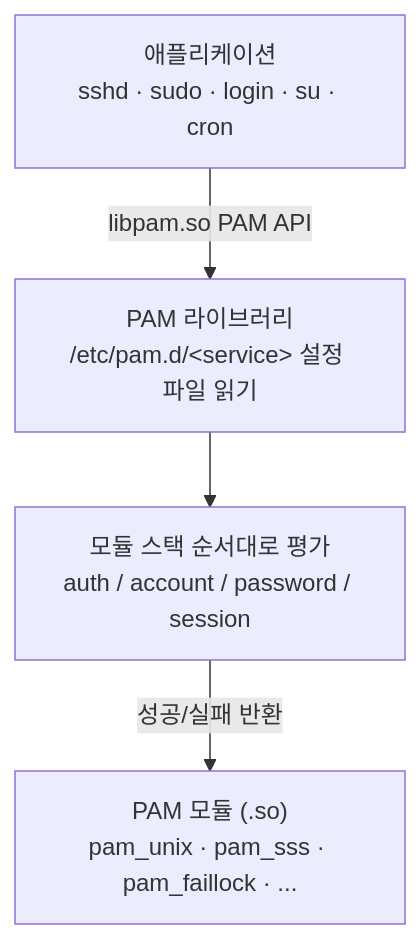
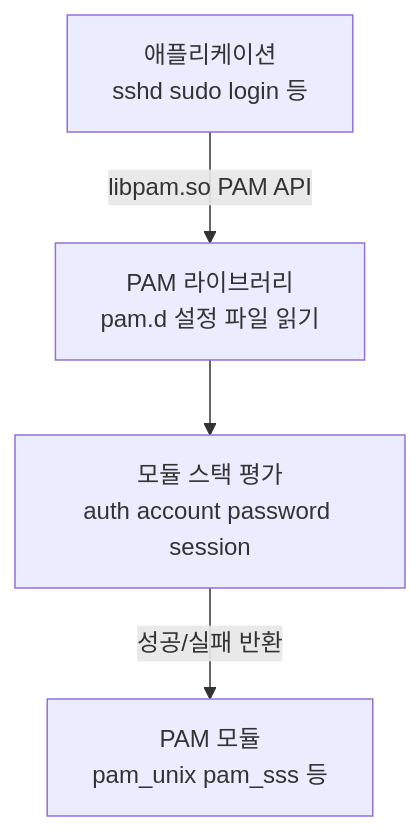
One commit to moonblueblue/devops-wiki changed the first of 3 diagrams in content/linux/linux-security/pam.md. Above: the diagram before and after it, drawn with Mermaid. The commit also changed 4 other files, not shown here.

First line of the commit message:
style: linux-security 섹션 Mermaid 노드 라벨 규칙 적용

````diff
--- a/content/linux/linux-security/pam.md
+++ b/content/linux/linux-security/pam.md
@@ -34,9 +34,9 @@
 ```mermaid
 graph TD
-    APP["애플리케이션\nsshd · sudo · login · su · cron"]
+    APP["애플리케이션\nsshd sudo login 등"]
     APP -->|"libpam.so PAM API"| LIB
-    LIB["PAM 라이브러리\n/etc/pam.d/&lt;service&gt; 설정 파일 읽기"]
-    LIB --> STACK["모듈 스택 순서대로 평가\nauth / account / password / session"]
+    LIB["PAM 라이브러리\npam.d 설정 파일 읽기"]
+    LIB --> STACK["모듈 스택 평가\nauth account password session"]
     STACK -->|"성공/실패 반환"| MOD
-    MOD["PAM 모듈 (.so)\npam_unix · pam_sss · pam_faillock · ..."]
+    MOD["PAM 모듈\npam_unix pam_sss 등"]
 ```
````
